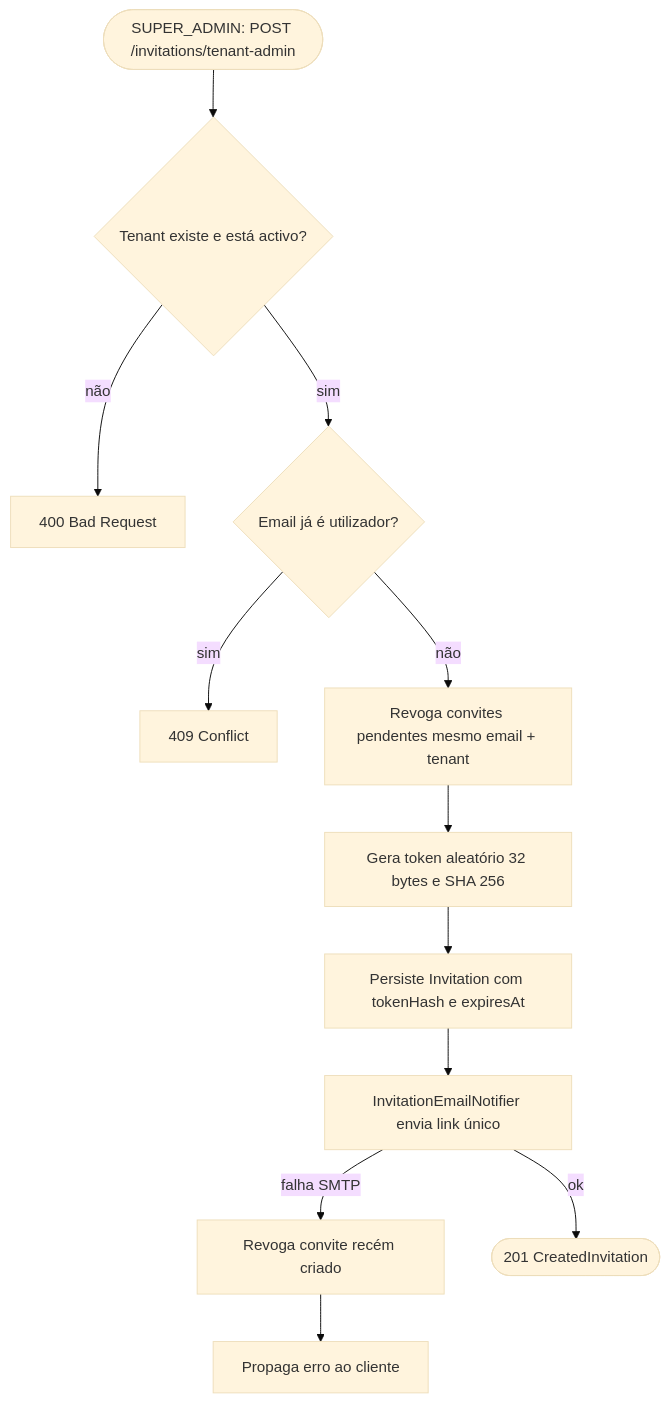
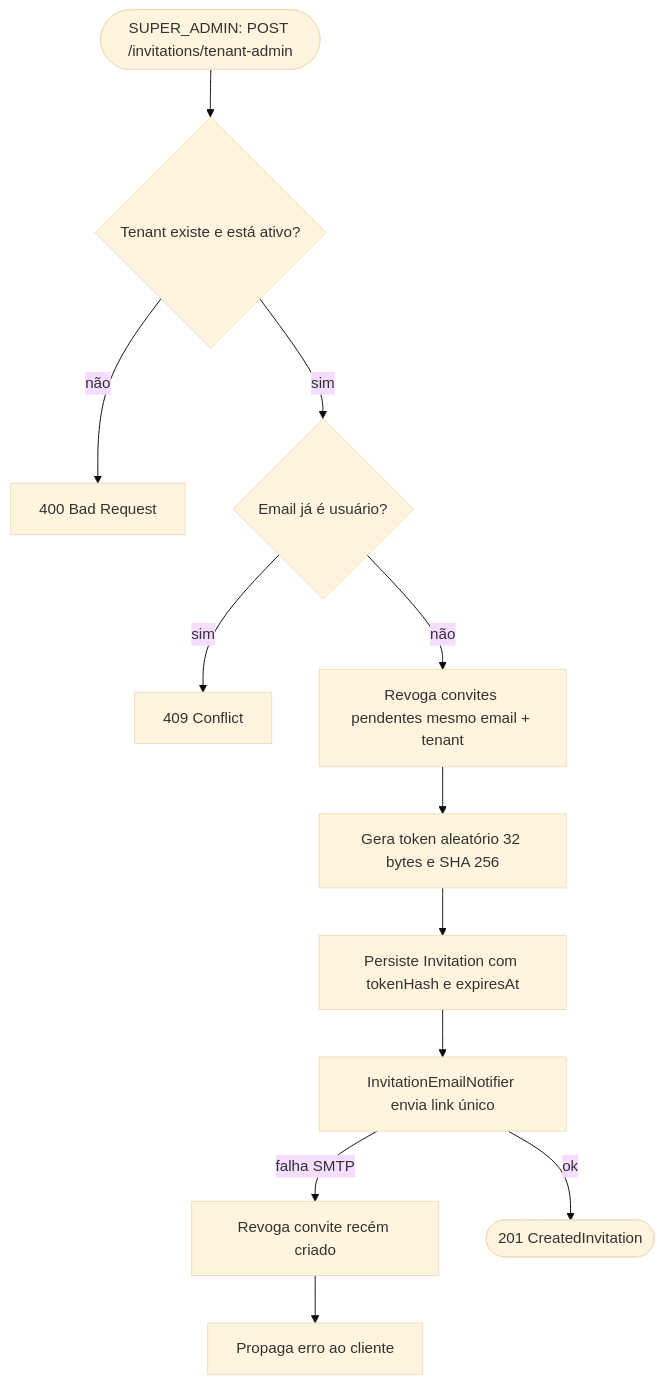
The second of 13 diagrams in FLUXOS.md (AndreXime/deploy-talent), drawn with Mermaid (base theme) before and after one commit. The commit also changed other lines of this file and 50 other files, not shown here.

````diff
--- a/FLUXOS.md
+++ b/FLUXOS.md
@@ -34,14 +34,14 @@
 ```mermaid
 flowchart TD
-    start([SUPER_ADMIN: POST /invitations/tenant-admin]) --> tenant{Tenant existe e está activo?}
+    start([SUPER_ADMIN: POST /invitations/tenant-admin]) --> tenant{Tenant existe e está ativo?}
     tenant -- não --> err400[400 Bad Request]
-    tenant -- sim --> userClash{Email já é utilizador?}
+    tenant -- sim --> userClash{Email já é usuário?}
     userClash -- sim --> err409[409 Conflict]
     userClash -- não --> revoke[Revoga convites pendentes mesmo email + tenant]
     revoke --> token[Gera token aleatório 32 bytes e SHA 256]
     token --> persist[Persiste Invitation com tokenHash e expiresAt]
     persist --> send[InvitationEmailNotifier envia link único]
     send -- falha SMTP --> rollback[Revoga convite recém criado]
     rollback --> err5xx[Propaga erro ao cliente]
     send -- ok --> created([201 CreatedInvitation])
 ```
````
